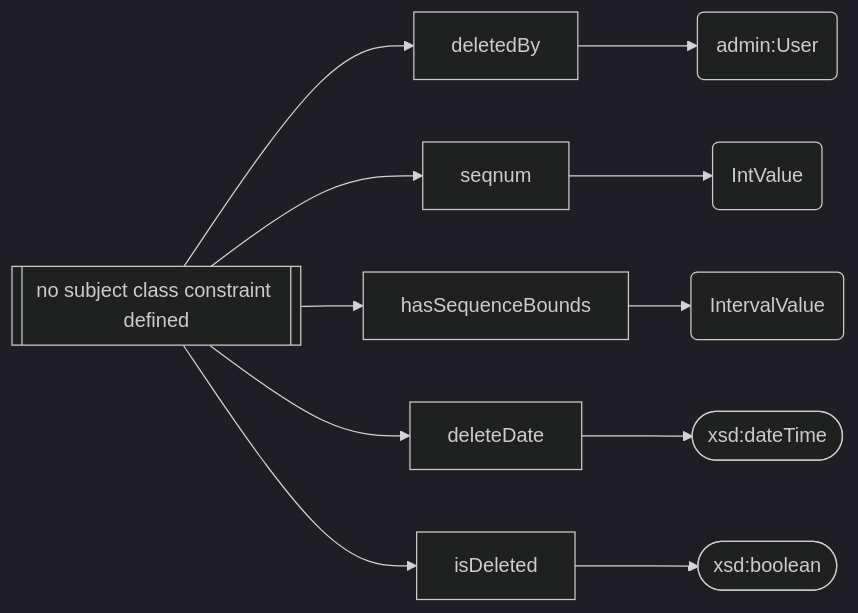
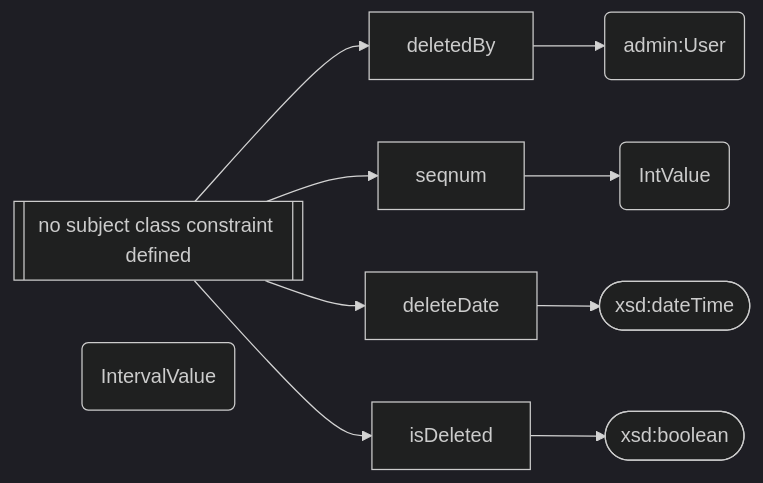
One commit to dasch-swiss/dsp-api changed the ninth of 9 diagrams in docs/05-internals/design/domain/class-and-property-hierarchies.md. Above: the diagram before and after it, drawn with Mermaid (dark theme). The commit also changed other lines of this file and 8 other files, not shown here.

Commit message:
remove more sequence stuff

````diff
--- a/docs/05-internals/design/domain/class-and-property-hierarchies.md
+++ b/docs/05-internals/design/domain/class-and-property-hierarchies.md
@@ -623,20 +614,19 @@
 ```mermaid
 flowchart LR
   na[[no subject class constraint defined]]
 
   %% Classes
   User(admin:User)
   IntValue(IntValue)
   IntervalValue(IntervalValue)
 
   %% Values
   date([xsd:dateTime])
   boolean([xsd:boolean])
 
   %% Relations
   na --> deletedBy --> User
   na --> seqnum --> IntValue
-  na --> hasSequenceBounds --> IntervalValue
   na --> deleteDate --> date
   na --> isDeleted --> boolean
 ```
````
